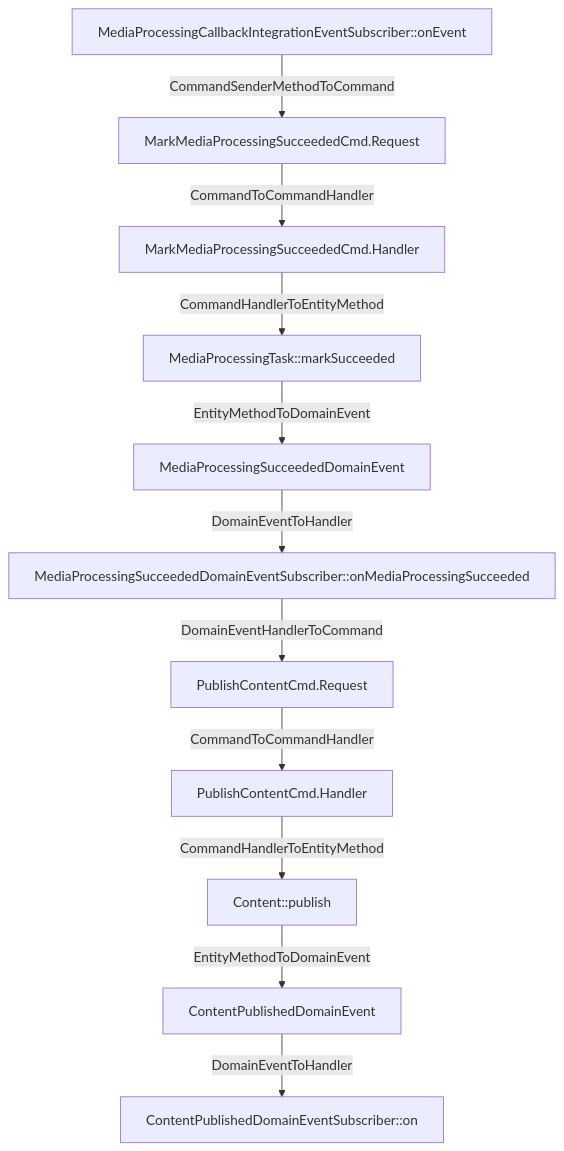
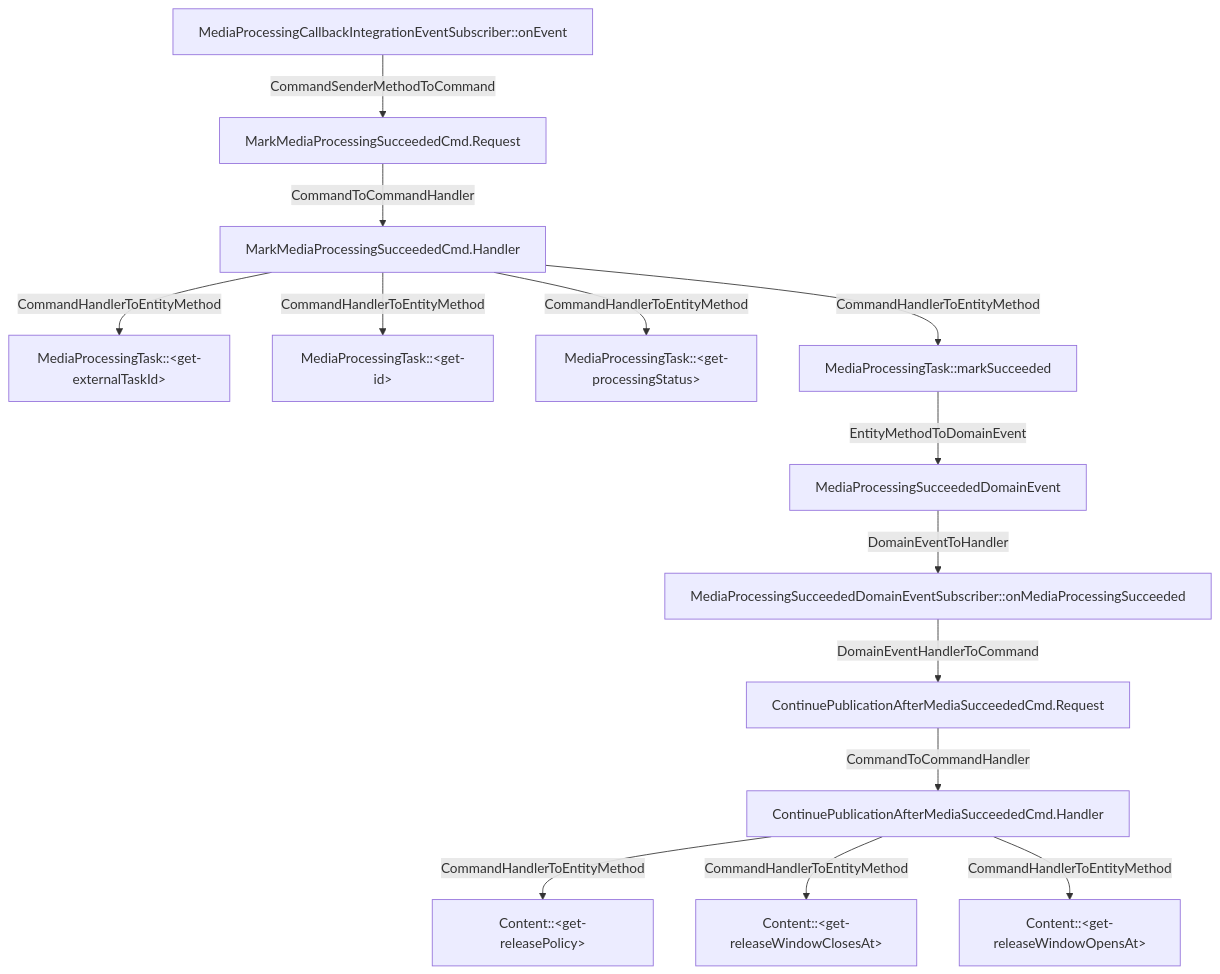
Before and after one commit to LDmoxeii/cap4k-reference-content-studio: the diagram in analysis/flows/com_only4_cap4k_reference_contentstudio_application_subscribers_integration_Medi_912a8155.mmd, drawn with Mermaid. The commit also changed 20 other files, not shown here.

```diff
--- a/analysis/flows/com_only4_cap4k_reference_contentstudio_application_subscribers_integration_Medi_912a8155.mmd
+++ b/analysis/flows/com_only4_cap4k_reference_contentstudio_application_subscribers_integration_Medi_912a8155.mmd
@@ -1,22 +1,28 @@
 flowchart TD
-  N1[PublishContentCmd.Handler]
-  N2[PublishContentCmd.Request]
+  N1[ContinuePublicationAfterMediaSucceededCmd.Handler]
+  N2[ContinuePublicationAfterMediaSucceededCmd.Request]
   N3[MarkMediaProcessingSucceededCmd.Handler]
   N4[MarkMediaProcessingSucceededCmd.Request]
-  N5[ContentPublishedDomainEventSubscriber::on]
-  N6[MediaProcessingSucceededDomainEventSubscriber::onMediaProcessingSucceeded]
-  N7[MediaProcessingCallbackIntegrationEventSubscriber::onEvent]
-  N8[Content::publish]
-  N9[ContentPublishedDomainEvent]
-  N10[MediaProcessingTask::markSucceeded]
-  N11[MediaProcessingSucceededDomainEvent]
+  N5[MediaProcessingSucceededDomainEventSubscriber::onMediaProcessingSucceeded]
+  N6[MediaProcessingCallbackIntegrationEventSubscriber::onEvent]
+  N7[Content::&lt;get-releasePolicy&gt;]
+  N8[Content::&lt;get-releaseWindowClosesAt&gt;]
+  N9[Content::&lt;get-releaseWindowOpensAt&gt;]
+  N10[MediaProcessingTask::&lt;get-externalTaskId&gt;]
+  N11[MediaProcessingTask::&lt;get-id&gt;]
+  N12[MediaProcessingTask::&lt;get-processingStatus&gt;]
+  N13[MediaProcessingTask::markSucceeded]
+  N14[MediaProcessingSucceededDomainEvent]
+  N1 -->|CommandHandlerToEntityMethod| N7
   N1 -->|CommandHandlerToEntityMethod| N8
+  N1 -->|CommandHandlerToEntityMethod| N9
   N2 -->|CommandToCommandHandler| N1
   N3 -->|CommandHandlerToEntityMethod| N10
+  N3 -->|CommandHandlerToEntityMethod| N11
+  N3 -->|CommandHandlerToEntityMethod| N12
+  N3 -->|CommandHandlerToEntityMethod| N13
   N4 -->|CommandToCommandHandler| N3
-  N6 -->|DomainEventHandlerToCommand| N2
-  N7 -->|CommandSenderMethodToCommand| N4
-  N8 -->|EntityMethodToDomainEvent| N9
-  N9 -->|DomainEventToHandler| N5
-  N10 -->|EntityMethodToDomainEvent| N11
-  N11 -->|DomainEventToHandler| N6
+  N5 -->|DomainEventHandlerToCommand| N2
+  N6 -->|CommandSenderMethodToCommand| N4
+  N13 -->|EntityMethodToDomainEvent| N14
+  N14 -->|DomainEventToHandler| N5
```
